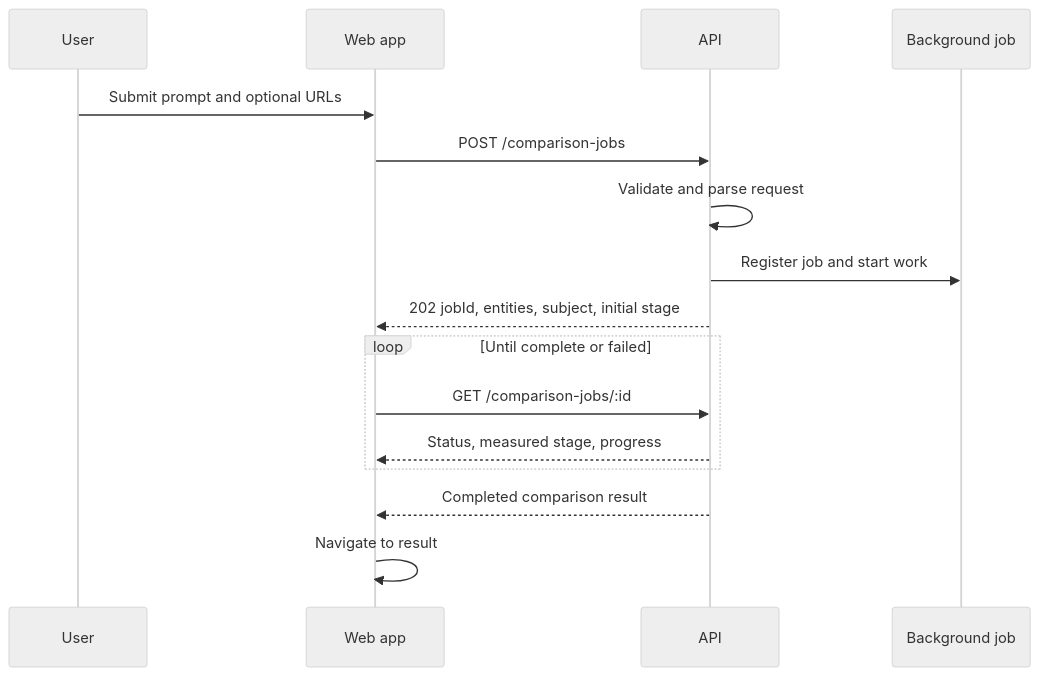
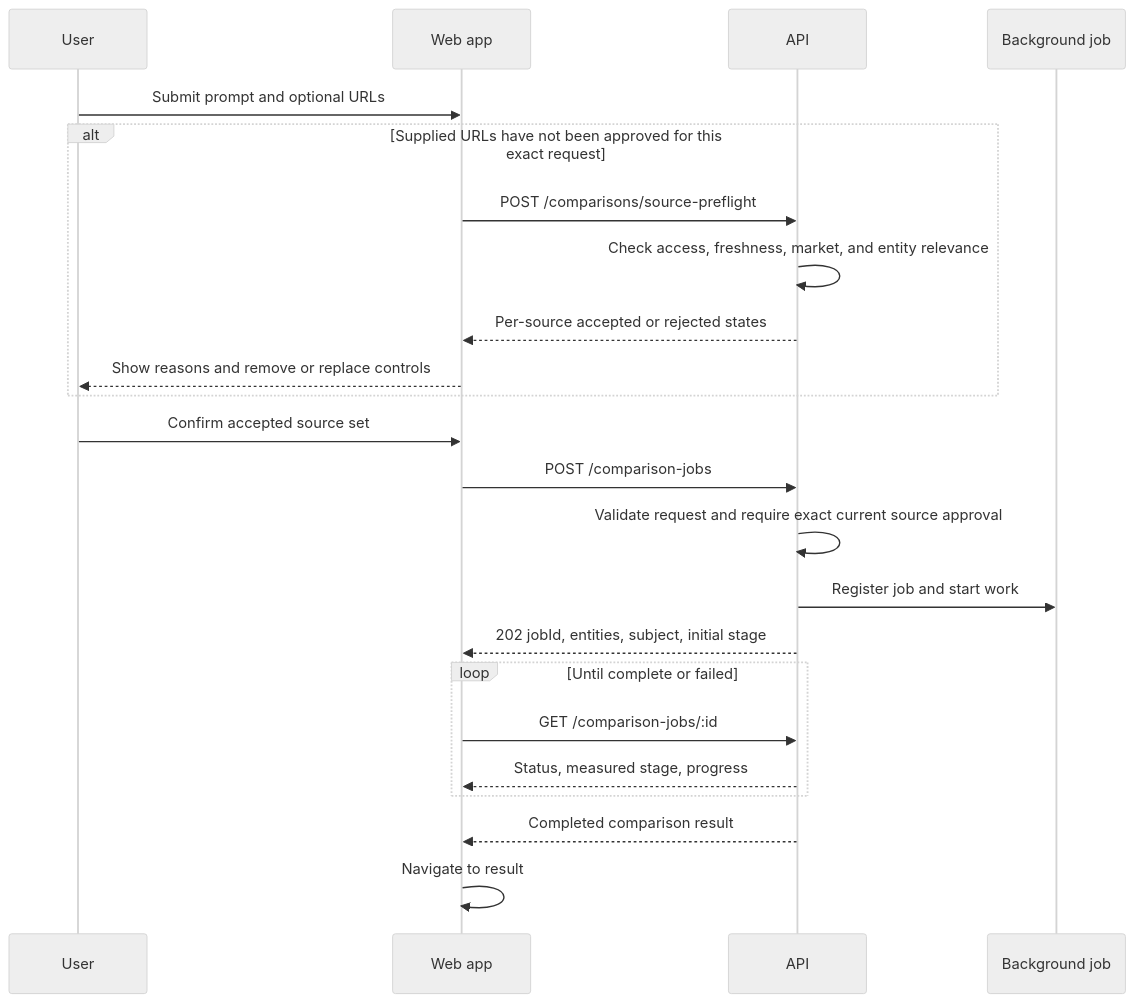
Before and after one commit to bharanmanivannan-sys/Vendor_Comparison_Clerk_Replit: the third of 7 diagrams in docs/architecture-and-design.md, drawn with Mermaid (neutral theme). The commit also changed other lines of this file and 37 other files, not shown here.

Commit message:
Add source governance, preflight validation, and architecture rules

````diff
--- a/docs/architecture-and-design.md
+++ b/docs/architecture-and-design.md
@@ -151,19 +157,26 @@
 ```mermaid
 sequenceDiagram
     participant U as User
     participant W as Web app
     participant A as API
     participant J as Background job
 
     U->>W: Submit prompt and optional URLs
+    alt Supplied URLs have not been approved for this exact request
+      W->>A: POST /comparisons/source-preflight
+      A->>A: Check access, freshness, market, and entity relevance
+      A-->>W: Per-source accepted or rejected states
+      W-->>U: Show reasons and remove or replace controls
+    end
+    U->>W: Confirm accepted source set
     W->>A: POST /comparison-jobs
-    A->>A: Validate and parse request
+    A->>A: Validate request and require exact current source approval
     A->>J: Register job and start work
     A-->>W: 202 jobId, entities, subject, initial stage
     loop Until complete or failed
       W->>A: GET /comparison-jobs/:id
       A-->>W: Status, measured stage, progress
     end
     A-->>W: Completed comparison result
     W->>W: Navigate to result
 ```
````
